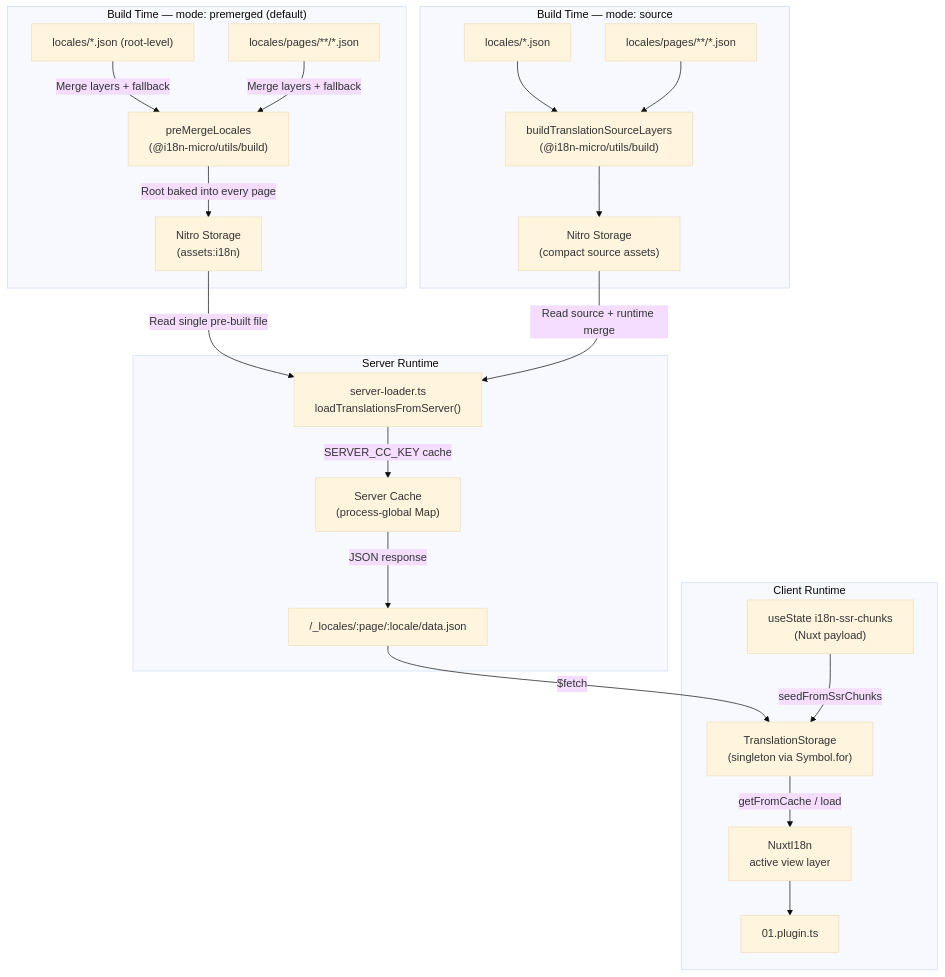
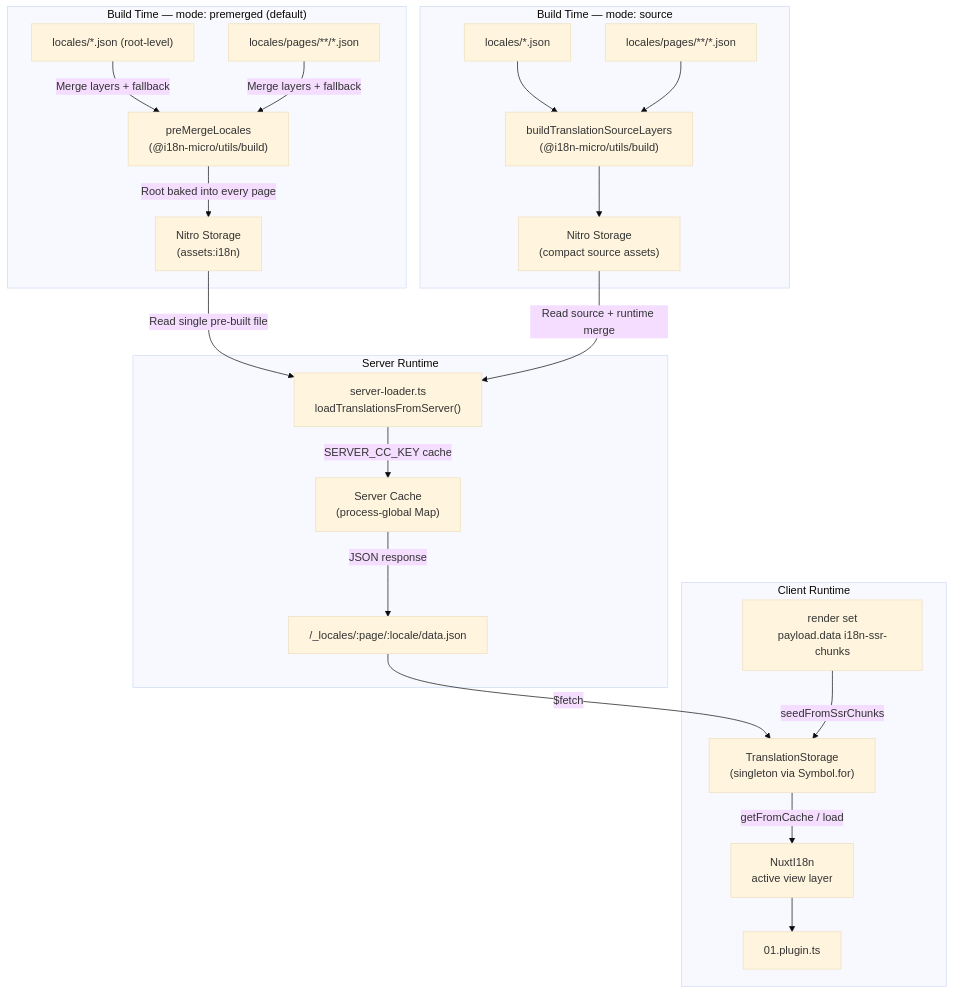
The diagram in docs/api/i18n-cache-api.md (s00d/nuxt-i18n-micro), drawn with Mermaid (base theme) before and after one commit. The commit also changed other lines of this file and 4 other files, not shown here.

````diff
--- a/docs/api/i18n-cache-api.md
+++ b/docs/api/i18n-cache-api.md
@@ -21,28 +21,28 @@
 ```mermaid
 flowchart TB
     subgraph BuildPremerged["Build Time — mode: premerged (default)"]
         F1["locales/*.json (root-level)"] -->|Merge layers + fallback| PM["preMergeLocales<br/>(@i18n-micro/utils/build)"]
         F2["locales/pages/**/*.json"] -->|Merge layers + fallback| PM
         PM -->|"Root baked into every page"| NS1["Nitro Storage<br/>(assets:i18n)"]
     end
 
     subgraph BuildSource["Build Time — mode: source"]
         SF1["locales/*.json"] --> SLayers["buildTranslationSourceLayers<br/>(@i18n-micro/utils/build)"]
         SF2["locales/pages/**/*.json"] --> SLayers
         SLayers --> NS2["Nitro Storage<br/>(compact source assets)"]
     end
 
     subgraph Server["Server Runtime"]
         NS1 -->|"Read single pre-built file"| SL["server-loader.ts<br/>loadTranslationsFromServer()"]
         NS2 -->|"Read source + runtime merge"| SL
         SL -->|SERVER_CC_KEY cache| SC["Server Cache<br/>(process-global Map)"]
         SC -->|JSON response| API["/_locales/:page/:locale/data.json"]
     end
 
     subgraph Client["Client Runtime"]
         API -->|$fetch| TS["TranslationStorage<br/>(singleton via Symbol.for)"]
-        SSR["useState i18n-ssr-chunks<br/>(Nuxt payload)"] -->|seedFromSsrChunks| TS
+        SSR["render set<br/>payload.data i18n-ssr-chunks"] -->|seedFromSsrChunks| TS
         TS -->|getFromCache / load| NI["NuxtI18n<br/>active view layer"]
         NI --> PL["01.plugin.ts"]
     end
 ```
````
